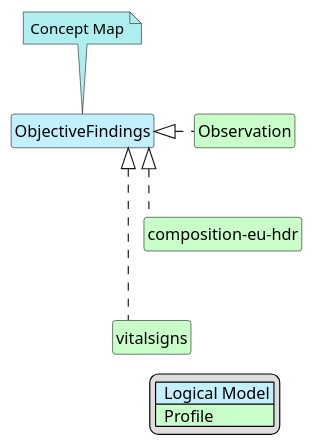
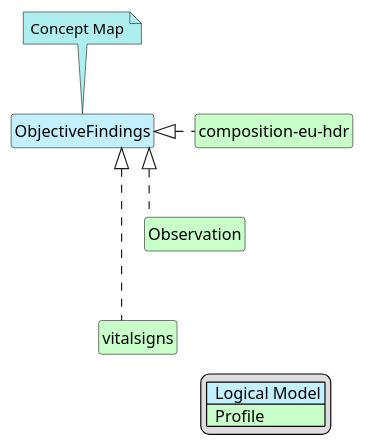
One commit to hl7-eu/hdr changed the diagram in input/images-source/ObjectiveFindings-map.plantuml. Above: the diagram before and after it, drawn with PlantUML. The commit also changed 15 other files, not shown here.

```diff
--- a/input/images-source/ObjectiveFindings-map.plantuml
+++ b/input/images-source/ObjectiveFindings-map.plantuml
@@ -1,27 +1,27 @@
 @startuml
 hide circle
 hide stereotype
 hide members
 hide methods
 skinparam linetype ortho
 skinparam class {
 BackgroundColor<<LogicalModel>> #APPLICATION
 BackgroundColor<<Profile>> #TECHNOLOGY
 }
 legend right
 | <#APPLICATION>  Logical Model |
 | <#TECHNOLOGY>  Profile |
 endlegend
 class "ObjectiveFindings" <<LogicalModel>> [[StructureDefinition-ObjectiveFindings.html]]
 note top #PaleTurquoise [[ConceptMap-objectiveFindings2FHIR-eu-hdr.html]]
 Concept Map
 endnote
-class "Observation" <<Profile>> [[StructureDefinition-Observation.html]]
-"ObjectiveFindings" <|. "Observation"
 class "composition-eu-hdr" <<Profile>> [[StructureDefinition-composition-eu-hdr.html]]
 "ObjectiveFindings" <|. "composition-eu-hdr"
-"Observation" -d[hidden]-> "composition-eu-hdr"
+class "Observation" <<Profile>> [[http://hl7.org/fhir/StructureDefinition/Observation]]
+"ObjectiveFindings" <|. "Observation"
+"composition-eu-hdr" -d[hidden]-> "Observation"
 class "vitalsigns" <<Profile>> [[http://hl7.org/fhir/StructureDefinition/vitalsigns]]
 "ObjectiveFindings" <|. "vitalsigns"
-"composition-eu-hdr" -d[hidden]-> "vitalsigns"
+"Observation" -d[hidden]-> "vitalsigns"
 @enduml
```
